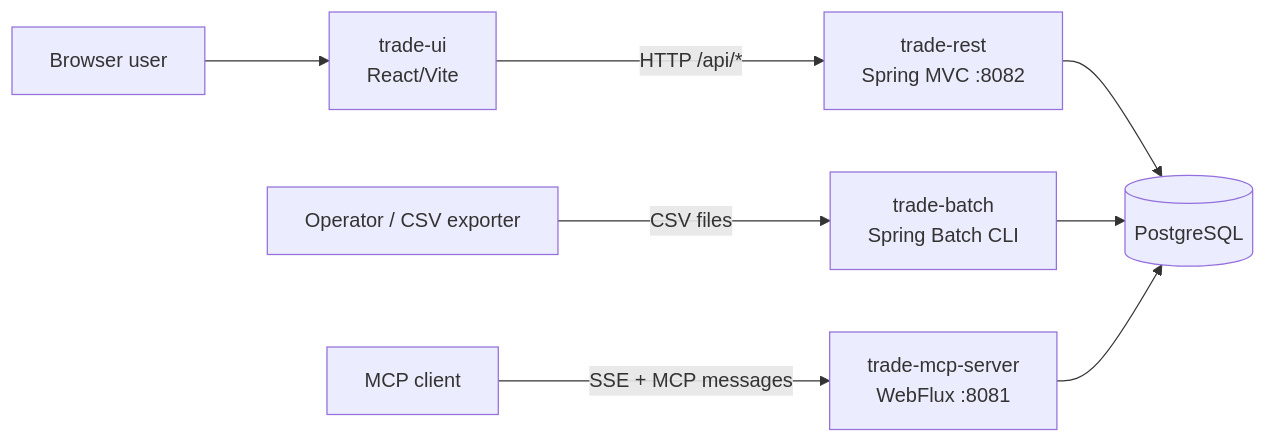
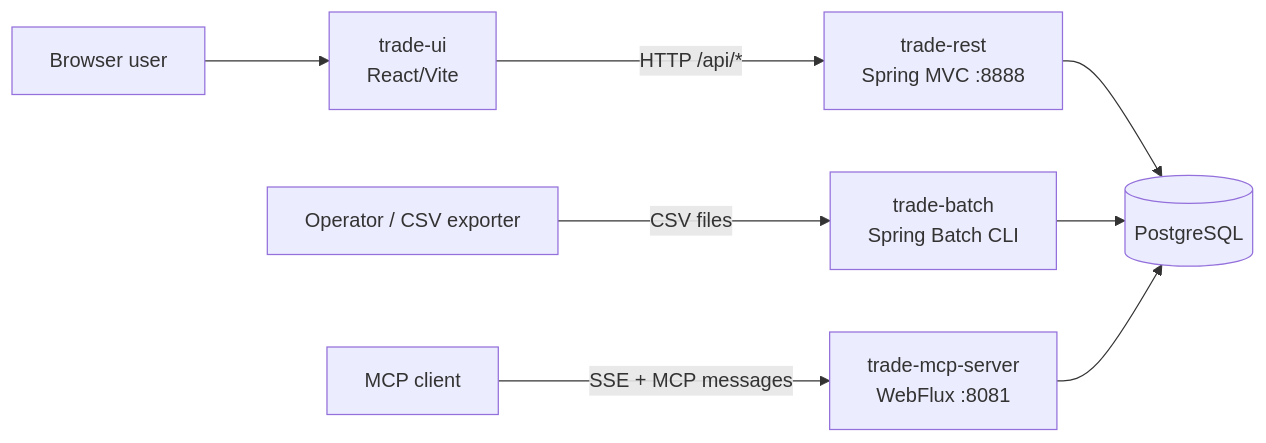
Before and after one commit to abnig/trade-parent-reactor: the first of 5 diagrams in ARCHITECTURE.md, drawn with Mermaid. The commit also changed other lines of this file and 25 other files, not shown here.

````diff
--- a/ARCHITECTURE.md
+++ b/ARCHITECTURE.md
@@ -14,10 +14,10 @@
 ```mermaid
 flowchart LR
     User[Browser user] --> UI[trade-ui<br/>React/Vite]
-    UI -->|HTTP /api/*| REST[trade-rest<br/>Spring MVC :8082]
+    UI -->|HTTP /api/*| REST[trade-rest<br/>Spring MVC :8888]
     Operator[Operator / CSV exporter] -->|CSV files| Batch[trade-batch<br/>Spring Batch CLI]
     MCPClient[MCP client] -->|SSE + MCP messages| MCP[trade-mcp-server<br/>WebFlux :8081]
     REST --> DB[(PostgreSQL)]
     Batch --> DB
     MCP --> DB
 ```
````
